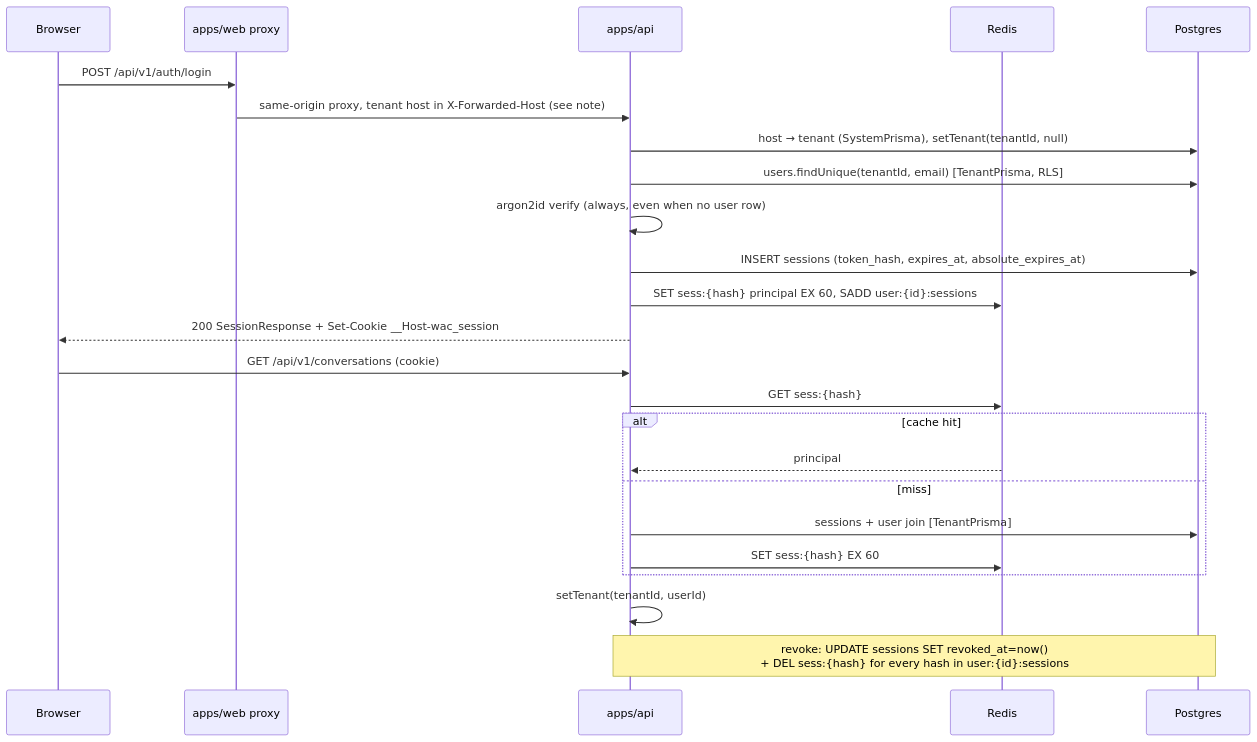
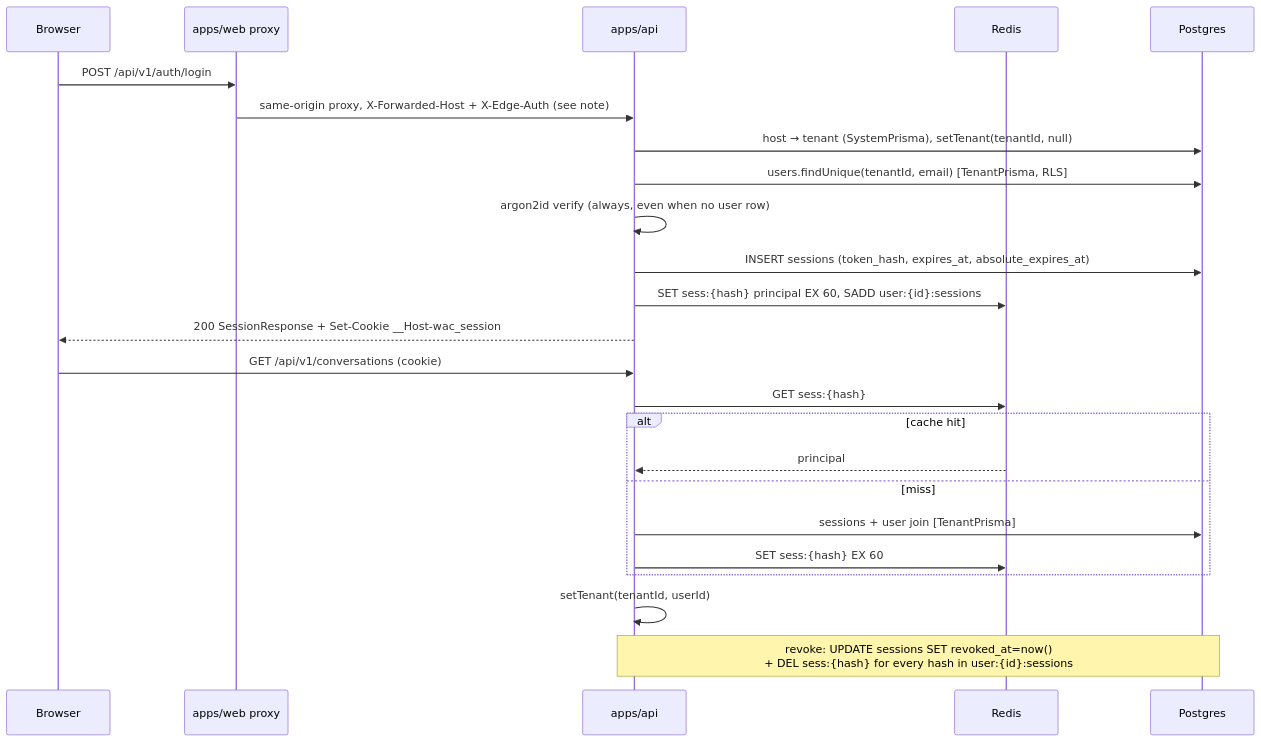
Before and after one commit to tarekmodev/whatsappcrm: the diagram in docs/architecture/0005-auth-session-and-invite-contract.md, drawn with Mermaid. The commit also changed other lines of this file and 14 other files, not shown here.

````diff
--- a/docs/architecture/0005-auth-session-and-invite-contract.md
+++ b/docs/architecture/0005-auth-session-and-invite-contract.md
@@ -131,29 +131,29 @@
 ```mermaid
 sequenceDiagram
   participant B as Browser
   participant W as apps/web proxy
   participant A as apps/api
   participant R as Redis
   participant P as Postgres
 
   B->>W: POST /api/v1/auth/login
-  W->>A: same-origin proxy, tenant host in X-Forwarded-Host (see note)
+  W->>A: same-origin proxy, X-Forwarded-Host + X-Edge-Auth (see note)
   A->>P: host → tenant (SystemPrisma), setTenant(tenantId, null)
   A->>P: users.findUnique(tenantId, email)   [TenantPrisma, RLS]
   A->>A: argon2id verify (always, even when no user row)
   A->>P: INSERT sessions (token_hash, expires_at, absolute_expires_at)
   A->>R: SET sess:{hash} principal EX 60, SADD user:{id}:sessions
   A-->>B: 200 SessionResponse + Set-Cookie __Host-wac_session
 
   B->>A: GET /api/v1/conversations (cookie)
   A->>R: GET sess:{hash}
   alt cache hit
     R-->>A: principal
   else miss
     A->>P: sessions + user join [TenantPrisma]
     A->>R: SET sess:{hash} EX 60
   end
   A->>A: setTenant(tenantId, userId)
 
   Note over A,P: revoke: UPDATE sessions SET revoked_at=now()<br/>+ DEL sess:{hash} for every hash in user:{id}:sessions
 ```
````
